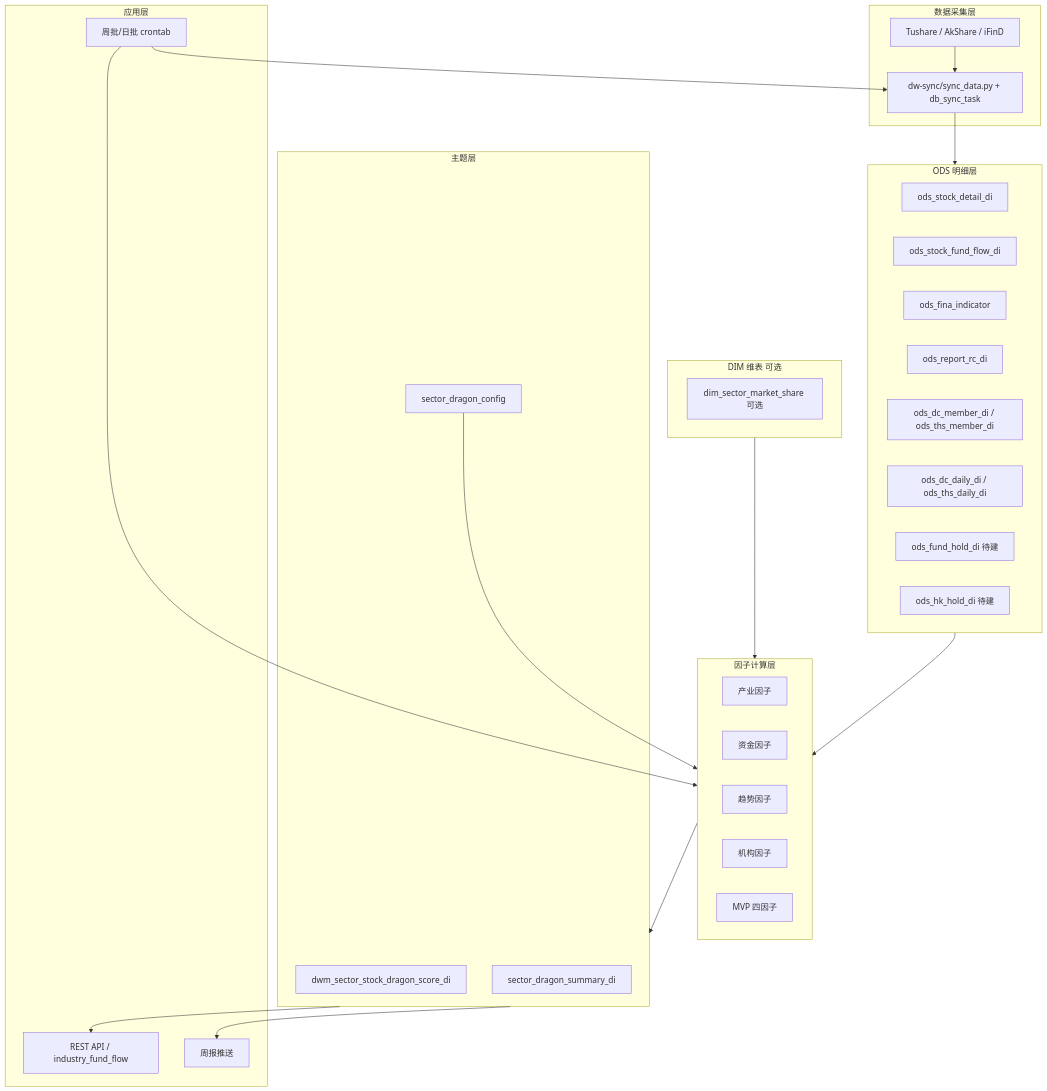
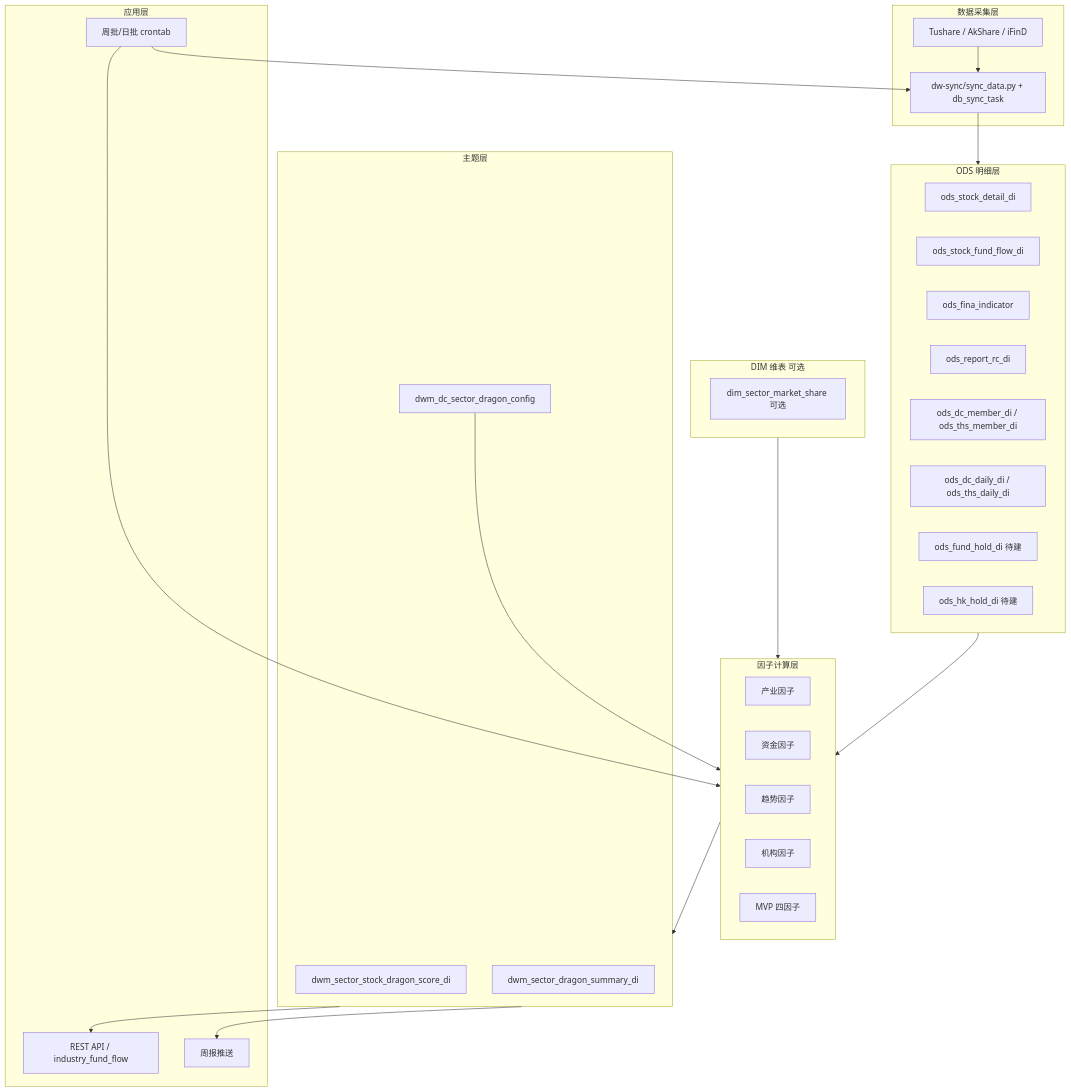
Before and after one commit to jinlujie111/stock_data: the first of 2 diagrams in 需求整理/需求2-板块龙头股-技术文档.md, drawn with Mermaid. The commit also changed other lines of this file and 16 other files, not shown here.

````diff
--- a/需求整理/需求2-板块龙头股-技术文档.md
+++ b/需求整理/需求2-板块龙头股-技术文档.md
@@ -11,46 +11,46 @@
 ```mermaid
 flowchart TB
     subgraph ingest [数据采集层]
         TS[Tushare / AkShare / iFinD]
         SYNC[dw-sync/sync_data.py + db_sync_task]
     end
     subgraph ods [ODS 明细层]
         S1[ods_stock_detail_di]
         S2[ods_stock_fund_flow_di]
         S3[ods_fina_indicator]
         S4[ods_report_rc_di]
         S5[ods_dc_member_di / ods_ths_member_di]
         S6[ods_dc_daily_di / ods_ths_daily_di]
         S7[ods_fund_hold_di 待建]
         S8[ods_hk_hold_di 待建]
     end
     subgraph dim [DIM 维表 可选]
         D2[dim_sector_market_share 可选]
     end
     subgraph dwd [因子计算层]
         F1[产业因子]
         F2[资金因子]
         F3[趋势因子]
         F4[机构因子]
         F5[MVP 四因子]
     end
     subgraph dm [主题层]
         SC[dwm_sector_stock_dragon_score_di]
-        SM[sector_dragon_summary_di]
-        CFG[sector_dragon_config]
+        SM[dwm_sector_dragon_summary_di]
+        CFG[dwm_dc_sector_dragon_config]
     end
     subgraph app [应用层]
         API[REST API / industry_fund_flow]
         JOB[周批/日批 crontab]
         RPT[周报推送]
     end
     TS --> SYNC --> ods
     dim --> dwd
     ods --> dwd
     CFG --> dwd
     dwd --> dm
     dm --> API
     dm --> RPT
     JOB --> SYNC
     JOB --> dwd
 ```
````
